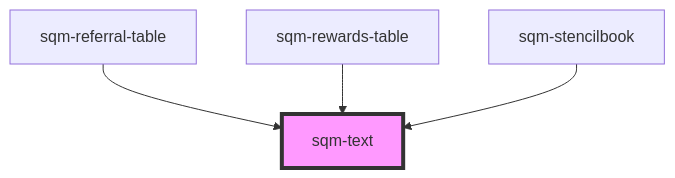
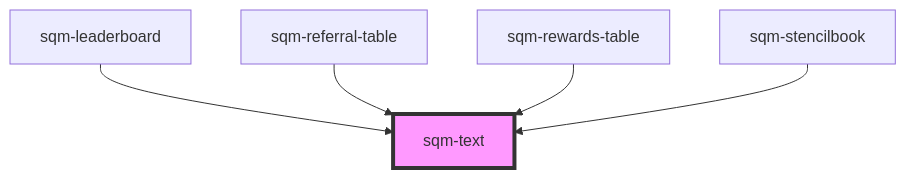
Before and after one commit to saasquatch/program-tools: the diagram in packages/mint-components/src/components/sqm-text/readme.md, drawn with Mermaid. The commit also changed other lines of this file and 7 other files, not shown here.

````diff
--- a/packages/mint-components/src/components/sqm-text/readme.md
+++ b/packages/mint-components/src/components/sqm-text/readme.md
@@ -17,7 +18,8 @@
 ```mermaid
 graph TD;
+  sqm-leaderboard --> sqm-text
   sqm-referral-table --> sqm-text
   sqm-rewards-table --> sqm-text
   sqm-stencilbook --> sqm-text
   style sqm-text fill:#f9f,stroke:#333,stroke-width:4px
 ```
````
